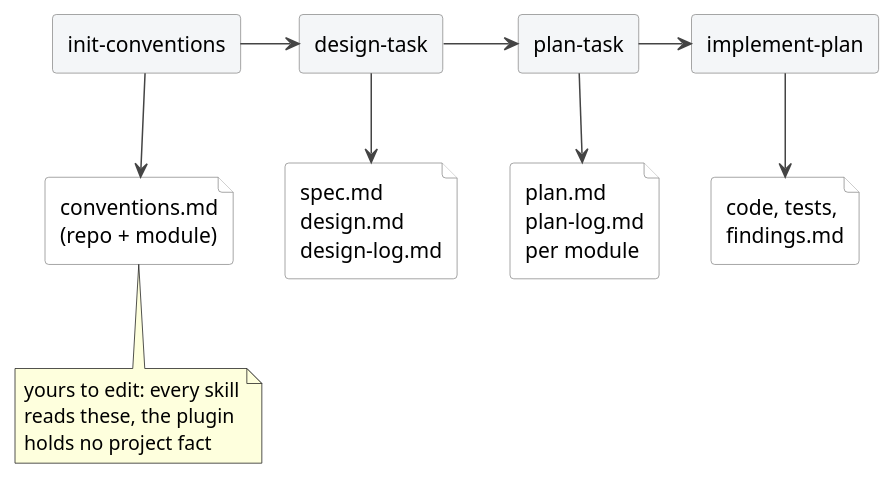
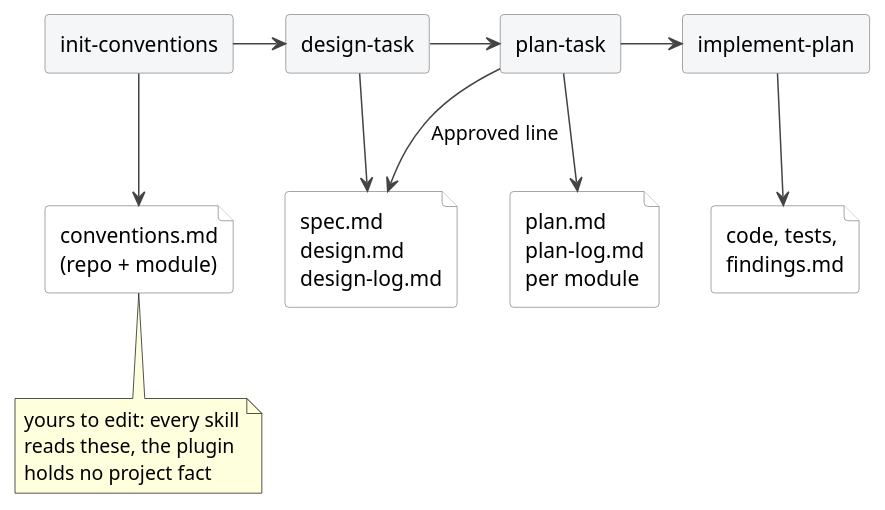
The diagram in docs/diagrams/workflow.puml (ds-usova/tdd-sdlc), drawn with PlantUML before and after one commit. The commit also changed 10 other files, not shown here.

```diff
--- a/docs/diagrams/workflow.puml
+++ b/docs/diagrams/workflow.puml
@@ -1,40 +1,41 @@
 @startuml workflow
 skinparam defaultFontName Helvetica
 skinparam shadowing false
 skinparam ArrowColor #444
 skinparam rectangle {
   BackgroundColor #F4F6F8
   BorderColor #888
 }
 skinparam file {
   BackgroundColor #FFFFFF
   BorderColor #888
 }
 top to bottom direction
 
 rectangle "init-conventions" as IC
 rectangle "design-task" as DT
 rectangle "plan-task" as PT
 rectangle "implement-plan" as IP
 file "conventions.md\n(repo + module)" as CV
 file "spec.md \ndesign.md\ndesign-log.md" as D
 file "plan.md\nplan-log.md\nper module" as P
 file "code, tests,\nfindings.md" as C
 
 note bottom of CV
   yours to edit: every skill
   reads these, the plugin
   holds no project fact
 end note
 
 IC -> DT
 DT -> PT
 PT -> IP
 IC --> CV
 DT --> D
 PT --> P
+PT --> D : Approved line
 IP --> C
 CV -[hidden]> D
 D -[hidden]> P
 P -[hidden]> C
 @enduml
```
